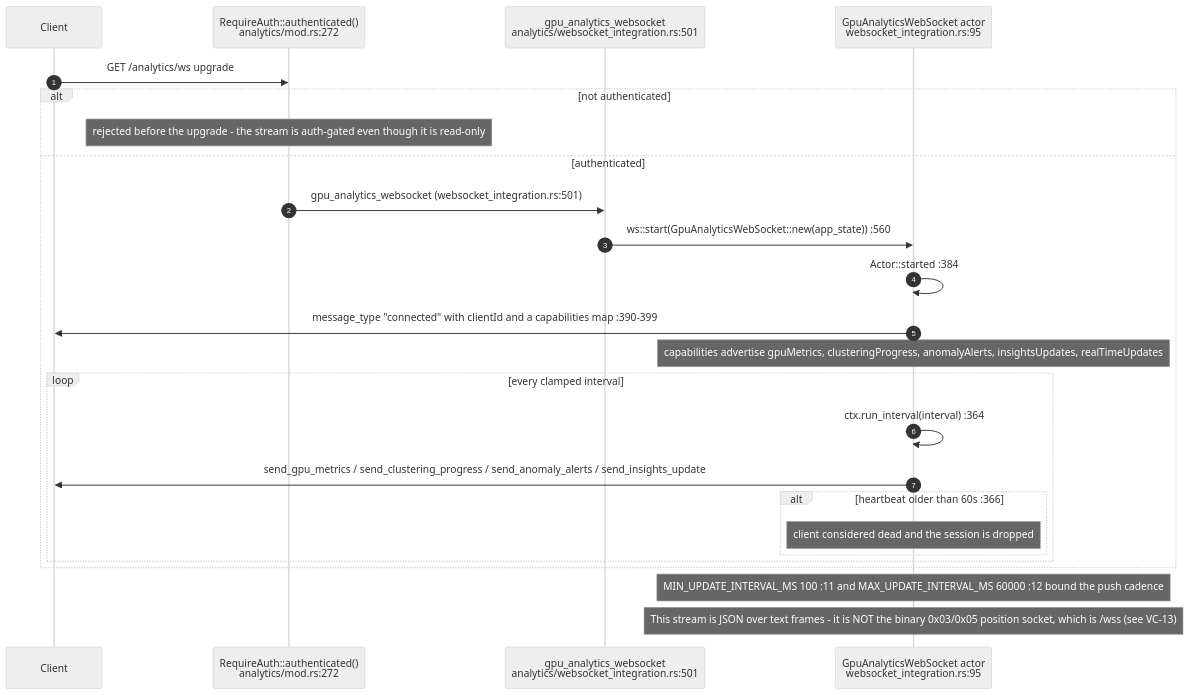
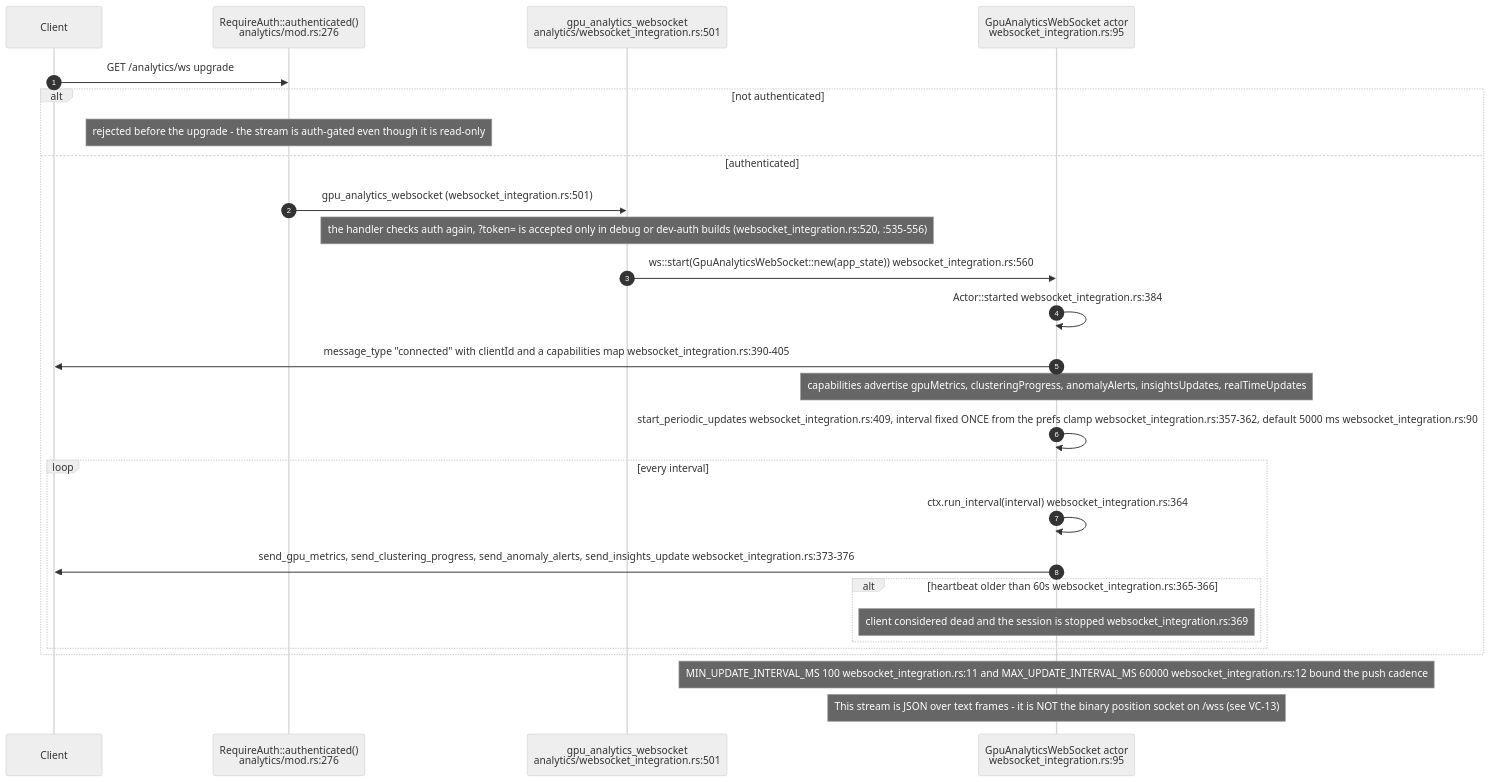
Before and after one commit to DreamLab-AI/VisionFlow: the seventh of 10 diagrams in docs/diagrams/visionclaw/18-analytics-support-handlers.md, drawn with Mermaid (neutral theme). The commit also changed other lines of this file and 173 other files, not shown here.

````diff
--- a/docs/diagrams/visionclaw/18-analytics-support-handlers.md
+++ b/docs/diagrams/visionclaw/18-analytics-support-handlers.md
@@ -260,28 +266,30 @@
 ```mermaid
 sequenceDiagram
     autonumber
     participant C as Client
-    participant RT as RequireAuth::authenticated()<br/>analytics/mod.rs:272
+    participant RT as RequireAuth::authenticated()<br/>analytics/mod.rs:276
     participant WSH as gpu_analytics_websocket<br/>analytics/websocket_integration.rs:501
     participant A as GpuAnalyticsWebSocket actor<br/>websocket_integration.rs:95
 
     C->>RT: GET /analytics/ws upgrade
     alt not authenticated
         Note over RT: rejected before the upgrade - the stream is auth-gated even though it is read-only
     else authenticated
         RT->>WSH: gpu_analytics_websocket (websocket_integration.rs:501)
-        WSH->>A: ws::start(GpuAnalyticsWebSocket::new(app_state)) :560
-        A->>A: Actor::started :384
-        A->>C: message_type "connected" with clientId and a capabilities map :390-399
+        Note over WSH: the handler checks auth again, ?token= is accepted only in debug or dev-auth builds (websocket_integration.rs:520, :535-556)
+        WSH->>A: ws::start(GpuAnalyticsWebSocket::new(app_state)) websocket_integration.rs:560
+        A->>A: Actor::started websocket_integration.rs:384
+        A->>C: message_type "connected" with clientId and a capabilities map websocket_integration.rs:390-405
         Note over A: capabilities advertise gpuMetrics, clusteringProgress, anomalyAlerts, insightsUpdates, realTimeUpdates
-        loop every clamped interval
-            A->>A: ctx.run_interval(interval) :364
-            A->>C: send_gpu_metrics / send_clustering_progress / send_anomaly_alerts / send_insights_update
-            alt heartbeat older than 60s :366
-                Note over A: client considered dead and the session is dropped
+        A->>A: start_periodic_updates websocket_integration.rs:409, interval fixed ONCE from the prefs clamp websocket_integration.rs:357-362, default 5000 ms websocket_integration.rs:90
+        loop every interval
+            A->>A: ctx.run_interval(interval) websocket_integration.rs:364
+            A->>C: send_gpu_metrics, send_clustering_progress, send_anomaly_alerts, send_insights_update websocket_integration.rs:373-376
+            alt heartbeat older than 60s websocket_integration.rs:365-366
+                Note over A: client considered dead and the session is stopped websocket_integration.rs:369
             end
         end
     end
-    Note over A: MIN_UPDATE_INTERVAL_MS 100 :11 and MAX_UPDATE_INTERVAL_MS 60000 :12 bound the push cadence
-    Note over A: This stream is JSON over text frames - it is NOT the binary 0x03/0x05 position socket, which is /wss (see VC-13)
+    Note over A: MIN_UPDATE_INTERVAL_MS 100 websocket_integration.rs:11 and MAX_UPDATE_INTERVAL_MS 60000 websocket_integration.rs:12 bound the push cadence
+    Note over A: This stream is JSON over text frames - it is NOT the binary position socket on /wss (see VC-13)
 ```
````
